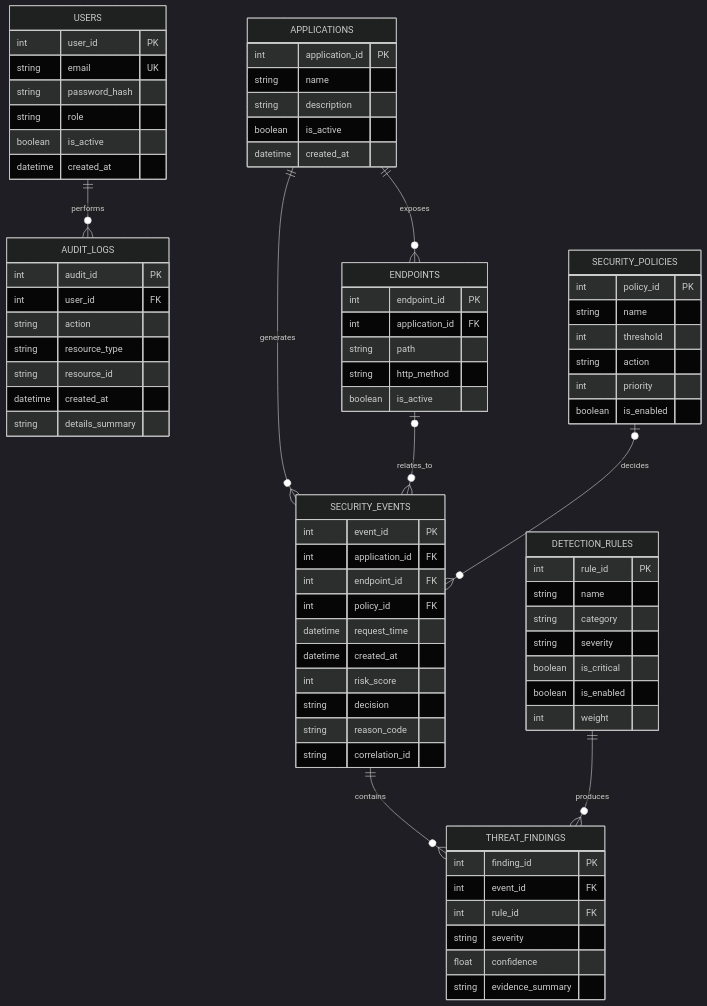
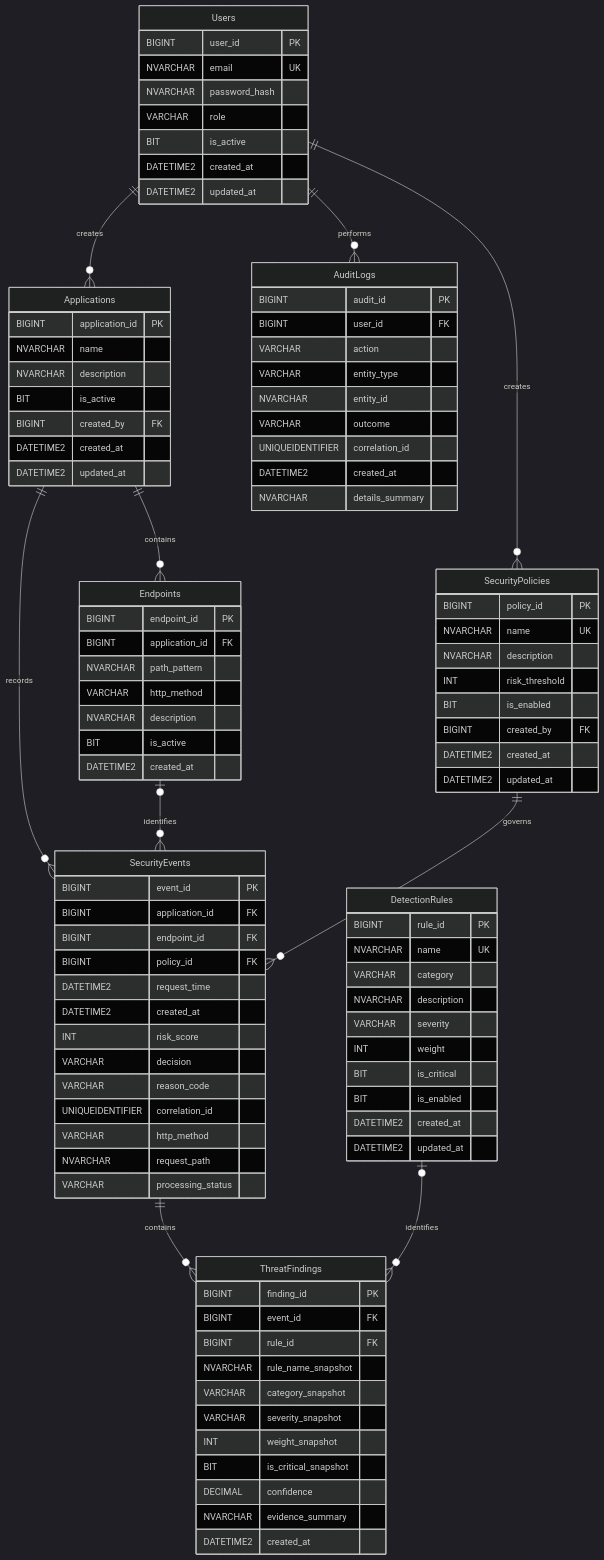
The diagram in docs/er-diagram.mmd (Nikunjraj0306/PromptShield), drawn with Mermaid (dark theme) before and after one commit. The commit also changed 11 other files, not shown here.

```diff
--- a/docs/er-diagram.mmd
+++ b/docs/er-diagram.mmd
@@ -1,85 +1,110 @@
 
 erDiagram
-    USERS ||--o{ AUDIT_LOGS : performs
-    APPLICATIONS ||--o{ ENDPOINTS : exposes
-    APPLICATIONS ||--o{ SECURITY_EVENTS : generates
-    ENDPOINTS o|--o{ SECURITY_EVENTS : relates_to
-    SECURITY_POLICIES o|--o{ SECURITY_EVENTS : decides
-    SECURITY_EVENTS ||--o{ THREAT_FINDINGS : contains
-    DETECTION_RULES ||--o{ THREAT_FINDINGS : produces
+    Users ||--o{ Applications : creates
+    Users ||--o{ SecurityPolicies : creates
+    Users ||--o{ AuditLogs : performs
 
-    USERS {
-        int user_id PK
-        string email UK
-        string password_hash
-        string role
-        boolean is_active
-        datetime created_at
+    Applications ||--o{ Endpoints : contains
+    Applications ||--o{ SecurityEvents : records
+
+    Endpoints o|--o{ SecurityEvents : identifies
+    SecurityPolicies ||--o{ SecurityEvents : governs
+
+    SecurityEvents ||--o{ ThreatFindings : contains
+    DetectionRules o|--o{ ThreatFindings : identifies
+
+    Users {
+        BIGINT user_id PK
+        NVARCHAR email UK
+        NVARCHAR password_hash
+        VARCHAR role
+        BIT is_active
+        DATETIME2 created_at
+        DATETIME2 updated_at
     }
 
-    APPLICATIONS {
-        int application_id PK
-        string name
-        string description
-        boolean is_active
-        datetime created_at
+    Applications {
+        BIGINT application_id PK
+        NVARCHAR name
+        NVARCHAR description
+        BIT is_active
+        BIGINT created_by FK
+        DATETIME2 created_at
+        DATETIME2 updated_at
     }
 
-    ENDPOINTS {
-        int endpoint_id PK
-        int application_id FK
-        string path
-        string http_method
-        boolean is_active
+    Endpoints {
+        BIGINT endpoint_id PK
+        BIGINT application_id FK
+        NVARCHAR path_pattern
+        VARCHAR http_method
+        NVARCHAR description
+        BIT is_active
+        DATETIME2 created_at
     }
 
-    DETECTION_RULES {
-        int rule_id PK
-        string name
-        string category
-        string severity
-        boolean is_critical
-        boolean is_enabled
-        int weight
+    DetectionRules {
+        BIGINT rule_id PK
+        NVARCHAR name UK
+        VARCHAR category
+        NVARCHAR description
+        VARCHAR severity
+        INT weight
+        BIT is_critical
+        BIT is_enabled
+        DATETIME2 created_at
+        DATETIME2 updated_at
     }
 
-    SECURITY_POLICIES {
-        int policy_id PK
-        string name
-        int threshold
-        string action
-        int priority
-        boolean is_enabled
+    SecurityPolicies {
+        BIGINT policy_id PK
+        NVARCHAR name UK
+        NVARCHAR description
+        INT risk_threshold
+        BIT is_enabled
+        BIGINT created_by FK
+        DATETIME2 created_at
+        DATETIME2 updated_at
     }
 
-    SECURITY_EVENTS {
-        int event_id PK
-        int application_id FK
-        int endpoint_id FK
-        int policy_id FK
-        datetime request_time
-        datetime created_at
-        int risk_score
-        string decision
-        string reason_code
-        string correlation_id
+    SecurityEvents {
+        BIGINT event_id PK
+        BIGINT application_id FK
+        BIGINT endpoint_id FK
+        BIGINT policy_id FK
+        DATETIME2 request_time
+        DATETIME2 created_at
+        INT risk_score
+        VARCHAR decision
+        VARCHAR reason_code
+        UNIQUEIDENTIFIER correlation_id
+        VARCHAR http_method
+        NVARCHAR request_path
+        VARCHAR processing_status
     }
 
-    THREAT_FINDINGS {
-        int finding_id PK
-        int event_id FK
-        int rule_id FK
-        string severity
-        float confidence
-        string evidence_summary
+    ThreatFindings {
+        BIGINT finding_id PK
+        BIGINT event_id FK
+        BIGINT rule_id FK
+        NVARCHAR rule_name_snapshot
+        VARCHAR category_snapshot
+        VARCHAR severity_snapshot
+        INT weight_snapshot
+        BIT is_critical_snapshot
+        DECIMAL confidence
+        NVARCHAR evidence_summary
+        DATETIME2 created_at
     }
 
-    AUDIT_LOGS {
-        int audit_id PK
-        int user_id FK
-        string action
-        string resource_type
-        string resource_id
-        datetime created_at
-        string details_summary
+    AuditLogs {
+        BIGINT audit_id PK
+        BIGINT user_id FK
+        VARCHAR action
+        VARCHAR entity_type
+        NVARCHAR entity_id
+        VARCHAR outcome
+        UNIQUEIDENTIFIER correlation_id
+        DATETIME2 created_at
+        NVARCHAR details_summary
     }
```
